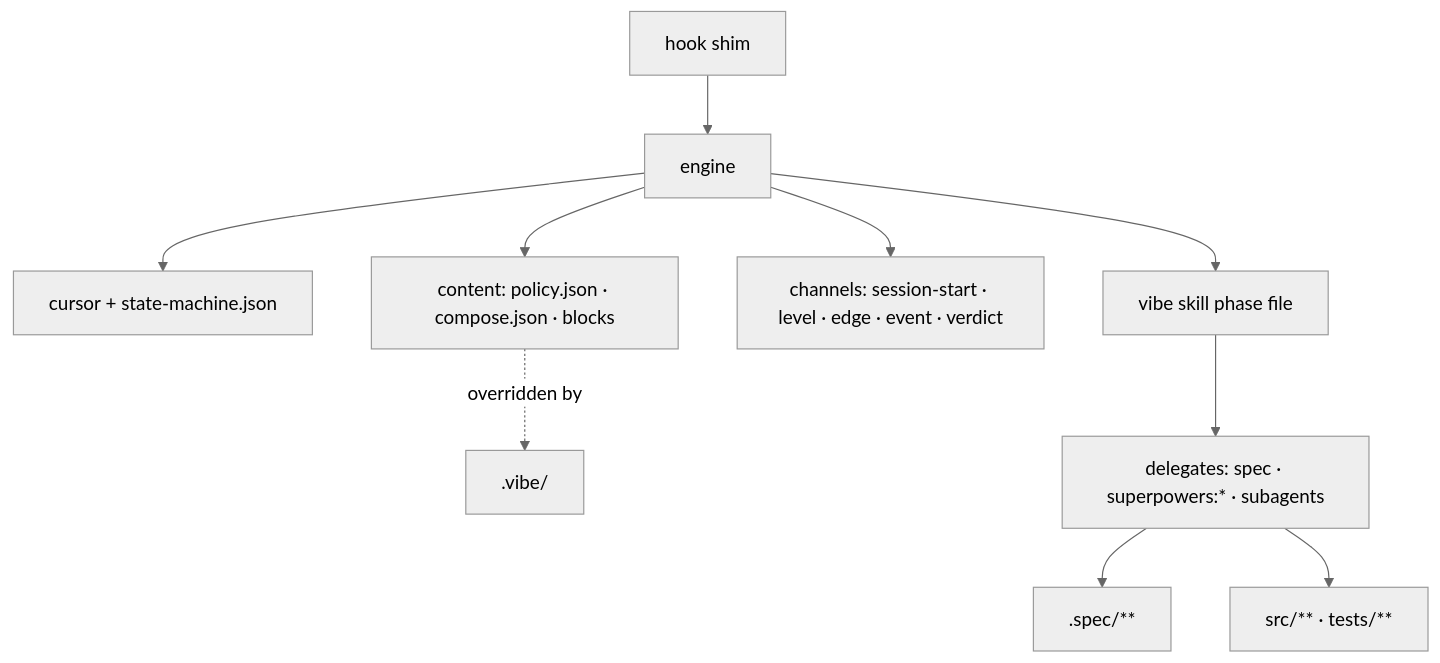
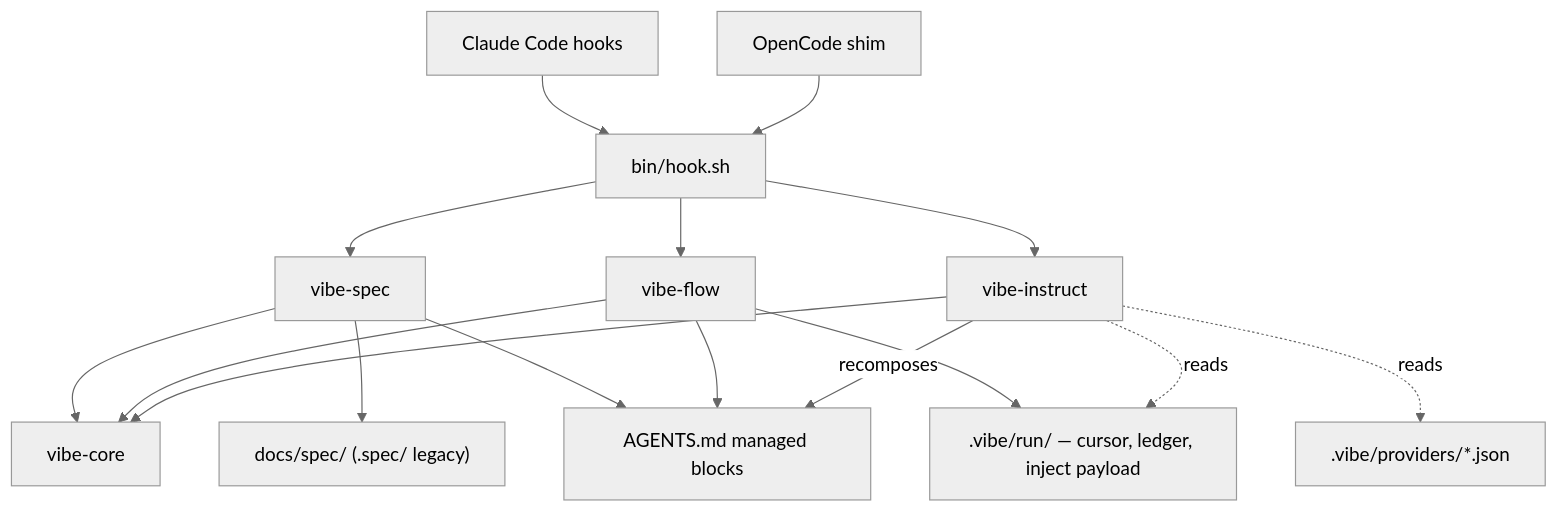
One commit to LennardZuendorf/vibe changed the diagram in .spec/tech.md. Above: the diagram before and after it, drawn with Mermaid (neutral theme). The commit also changed other lines of this file and 5 other files, not shown here.

````diff
--- a/.spec/tech.md
+++ b/.spec/tech.md
@@ -43,12 +49,18 @@
 ```mermaid
 flowchart TD
-  H["hook shim"] --> E["engine"]
-  E --> C["cursor + state-machine.json"]
-  E --> N["content: policy.json · compose.json · blocks"]
-  N -. overridden by .-> O[".vibe/"]
-  E --> INJ["channels: session-start · level · edge · event · verdict"]
-  E --> K["vibe skill phase file"]
-  K --> D["delegates: spec · superpowers:* · subagents"]
-  D --> SPEC[".spec/**"]
-  D --> SRC["src/** · tests/**"]
+  CC["Claude Code hooks"] --> SHIM["bin/hook.sh"]
+  OC["OpenCode shim"] --> SHIM
+  SHIM --> SP["vibe-spec"]
+  SHIM --> FL["vibe-flow"]
+  SHIM --> IN["vibe-instruct"]
+  SP --> CORE["vibe-core"]
+  FL --> CORE
+  IN --> CORE
+  FL --> RUN[".vibe/run/ — cursor, ledger, inject payload"]
+  IN -.reads.-> RUN
+  IN -.reads.-> PROV[".vibe/providers/*.json"]
+  SP --> DOCS["docs/spec/ (.spec/ legacy)"]
+  SP --> MD["AGENTS.md managed blocks"]
+  FL --> MD
+  IN -->|recomposes| MD
 ```
````
